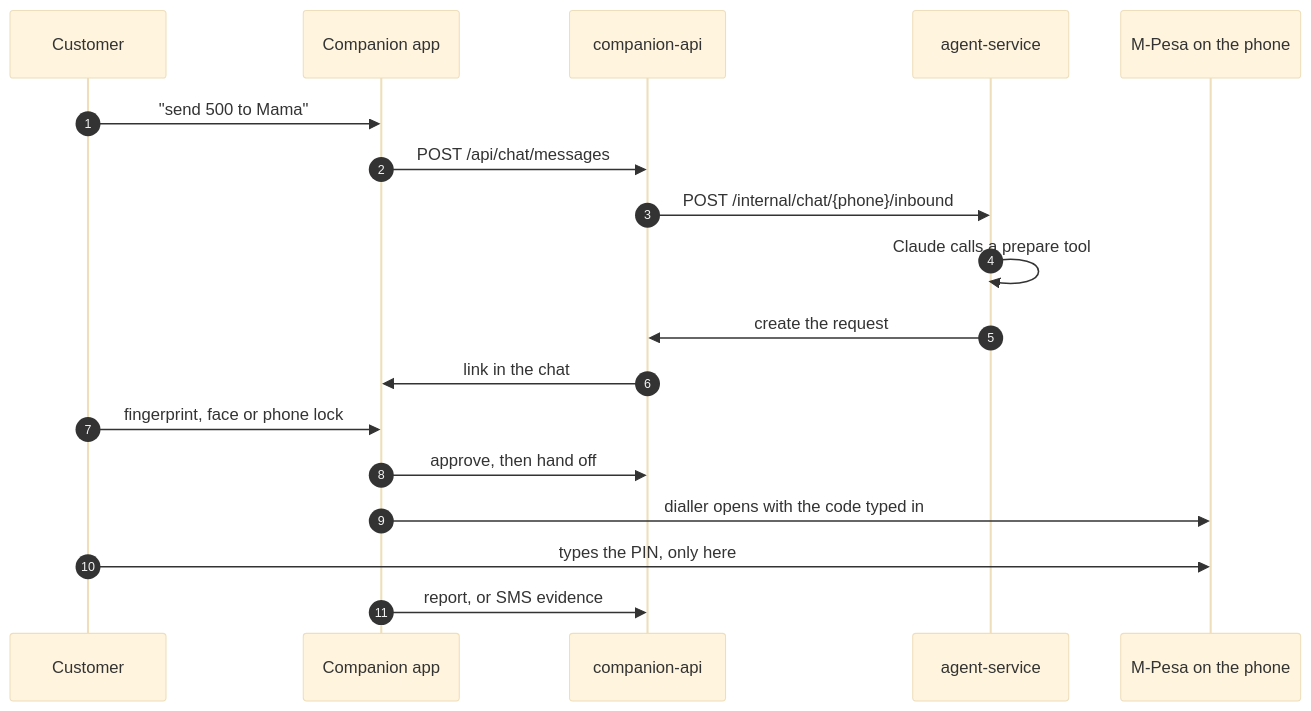
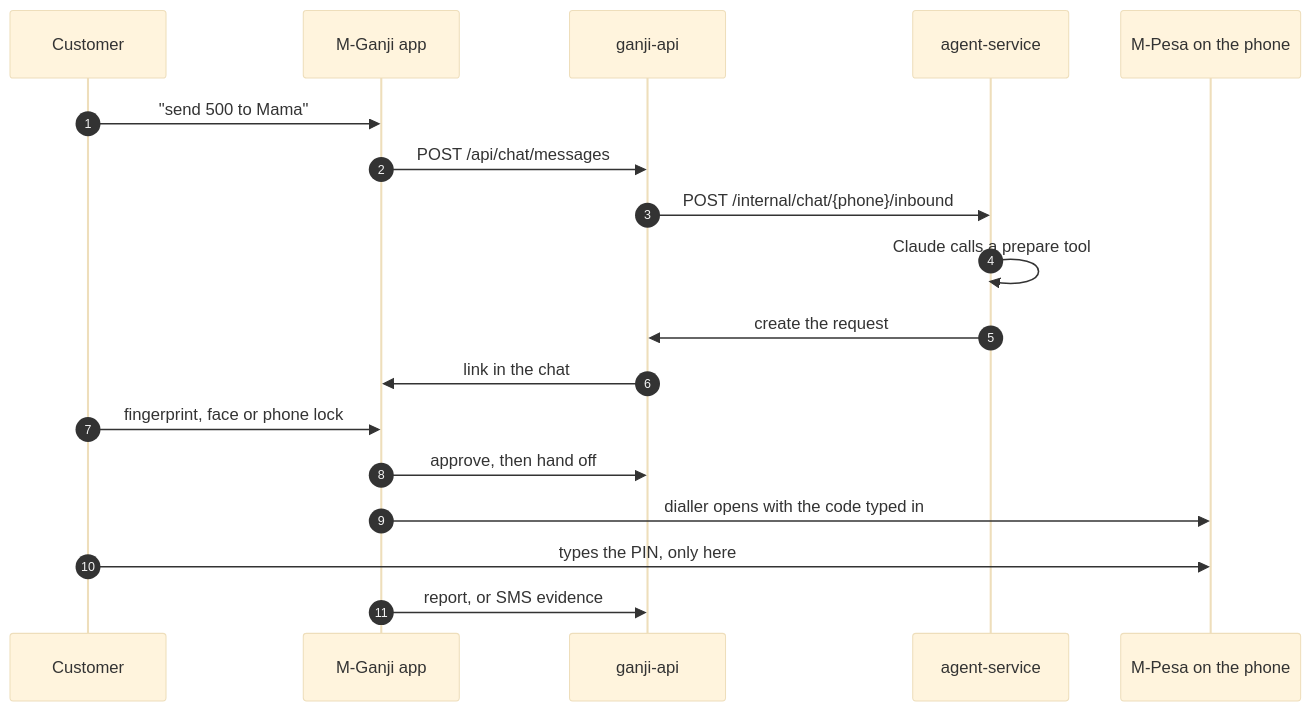
Before and after one commit to peacemakerbill/mpesa-ai-agent: the diagram in README.md, drawn with Mermaid (base theme). The commit also changed other lines of this file and 772 other files, not shown here.

````diff
--- a/README.md
+++ b/README.md
@@ -97,21 +96,21 @@
 ```mermaid
 sequenceDiagram
     autonumber
     participant C as Customer
-    participant A as Companion app
-    participant API as companion-api
+    participant A as M-Ganji app
+    participant API as ganji-api
     participant AG as agent-service
     participant M as M-Pesa on the phone
 
     C->>A: "send 500 to Mama"
     A->>API: POST /api/chat/messages
     API->>AG: POST /internal/chat/{phone}/inbound
     AG->>AG: Claude calls a prepare tool
     AG->>API: create the request
     API->>A: link in the chat
     C->>A: fingerprint, face or phone lock
     A->>API: approve, then hand off
     A->>M: dialler opens with the code typed in
     C->>M: types the PIN, only here
     A->>API: report, or SMS evidence
 ```
````
